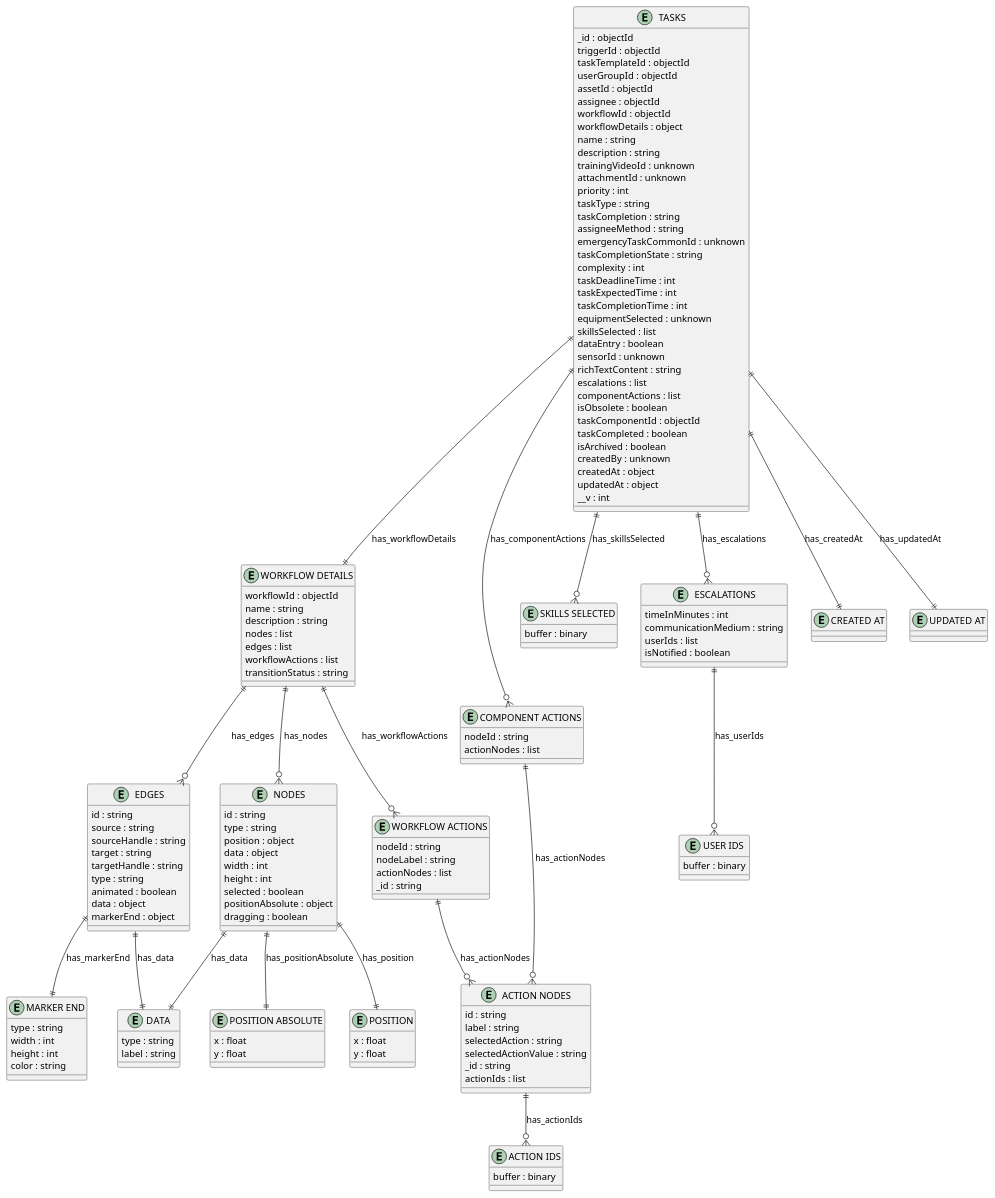
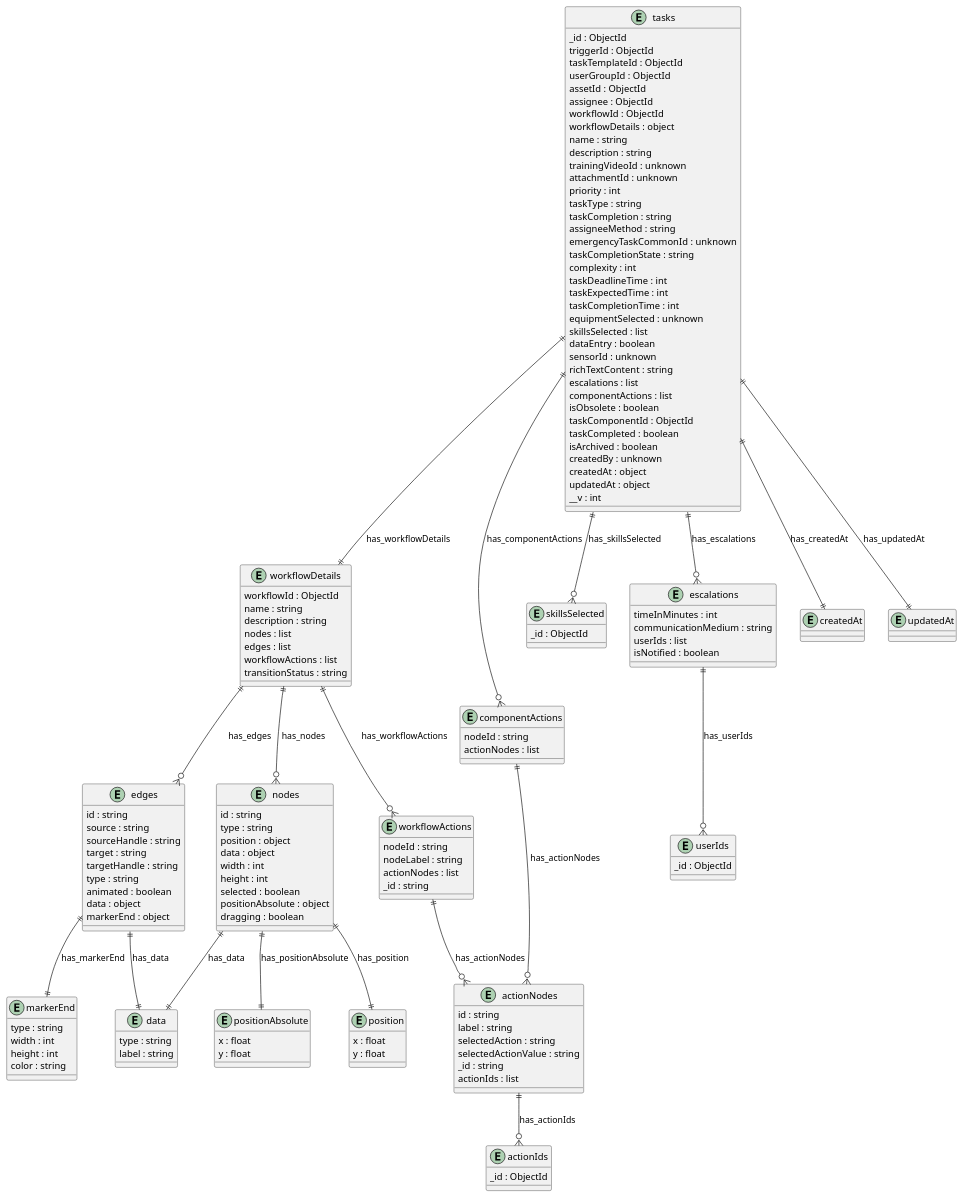
The diagram in erd_output/TASKS.puml (DigitalPaani/DigitalPaani_ERD), drawn with PlantUML before and after one commit. The commit also changed 274 other files, not shown here.

Commit message:
fix: updated diagram and script

```diff
--- a/erd_output/TASKS.puml
+++ b/erd_output/TASKS.puml
@@ -1,164 +1,164 @@
-@startuml TASKS_Diagram
+@startuml tasks_Diagram
 
-entity "TASKS" as TASKS {
-  _id : objectId
-  triggerId : objectId
-  taskTemplateId : objectId
-  userGroupId : objectId
-  assetId : objectId
-  assignee : objectId
-  workflowId : objectId
+entity "tasks" as tasks {
+  _id : ObjectId
+  triggerId : ObjectId
+  taskTemplateId : ObjectId
+  userGroupId : ObjectId
+  assetId : ObjectId
+  assignee : ObjectId
+  workflowId : ObjectId
   workflowDetails : object
   name : string
   description : string
   trainingVideoId : unknown
   attachmentId : unknown
   priority : int
   taskType : string
   taskCompletion : string
   assigneeMethod : string
   emergencyTaskCommonId : unknown
   taskCompletionState : string
   complexity : int
   taskDeadlineTime : int
   taskExpectedTime : int
   taskCompletionTime : int
   equipmentSelected : unknown
   skillsSelected : list
   dataEntry : boolean
   sensorId : unknown
   richTextContent : string
   escalations : list
   componentActions : list
   isObsolete : boolean
-  taskComponentId : objectId
+  taskComponentId : ObjectId
   taskCompleted : boolean
   isArchived : boolean
   createdBy : unknown
   createdAt : object
   updatedAt : object
   __v : int
 }
 
-entity "WORKFLOW DETAILS" as WORKFLOW_DETAILS {
-  workflowId : objectId
+entity "workflowDetails" as workflowDetails {
+  workflowId : ObjectId
   name : string
   description : string
   nodes : list
   edges : list
   workflowActions : list
   transitionStatus : string
 }
 
-entity "NODES" as NODES {
+entity "nodes" as nodes {
   id : string
   type : string
   position : object
   data : object
   width : int
   height : int
   selected : boolean
   positionAbsolute : object
   dragging : boolean
 }
 
-entity "POSITION" as POSITION {
+entity "position" as position {
   x : float
   y : float
 }
 
-entity "DATA" as DATA {
+entity "data" as data {
   type : string
   label : string
 }
 
-entity "POSITION ABSOLUTE" as POSITION_ABSOLUTE {
+entity "positionAbsolute" as positionAbsolute {
   x : float
   y : float
 }
 
-entity "EDGES" as EDGES {
+entity "edges" as edges {
   id : string
   source : string
   sourceHandle : string
   target : string
   targetHandle : string
   type : string
   animated : boolean
   data : object
   markerEnd : object
 }
 
-entity "MARKER END" as MARKER_END {
+entity "markerEnd" as markerEnd {
   type : string
   width : int
   height : int
   color : string
 }
 
-entity "WORKFLOW ACTIONS" as WORKFLOW_ACTIONS {
+entity "workflowActions" as workflowActions {
   nodeId : string
   nodeLabel : string
   actionNodes : list
   _id : string
 }
 
-entity "ACTION NODES" as ACTION_NODES {
+entity "actionNodes" as actionNodes {
   id : string
   label : string
   selectedAction : string
   selectedActionValue : string
   _id : string
   actionIds : list
 }
 
-entity "SKILLS SELECTED" as SKILLS_SELECTED {
-  buffer : binary
+entity "skillsSelected" as skillsSelected {
+  _id : ObjectId
 }
 
-entity "ESCALATIONS" as ESCALATIONS {
+entity "escalations" as escalations {
   timeInMinutes : int
   communicationMedium : string
   userIds : list
   isNotified : boolean
 }
 
-entity "USER IDS" as USER_IDS {
-  buffer : binary
+entity "userIds" as userIds {
+  _id : ObjectId
 }
 
-entity "COMPONENT ACTIONS" as COMPONENT_ACTIONS {
+entity "componentActions" as componentActions {
   nodeId : string
   actionNodes : list
 }
 
-entity "ACTION IDS" as ACTION_IDS {
-  buffer : binary
+entity "actionIds" as actionIds {
+  _id : ObjectId
 }
 
-entity "CREATED AT" as CREATED_AT {
+entity "createdAt" as createdAt {
 }
 
-entity "UPDATED AT" as UPDATED_AT {
+entity "updatedAt" as updatedAt {
 }
 
 ' // Relationships
-TASKS ||--|| WORKFLOW_DETAILS : has_workflowDetails
-WORKFLOW_DETAILS ||--o{ NODES : has_nodes
-NODES ||--|| POSITION : has_position
-NODES ||--|| DATA : has_data
-NODES ||--|| POSITION_ABSOLUTE : has_positionAbsolute
-WORKFLOW_DETAILS ||--o{ EDGES : has_edges
-EDGES ||--|| DATA : has_data
-EDGES ||--|| MARKER_END : has_markerEnd
-WORKFLOW_DETAILS ||--o{ WORKFLOW_ACTIONS : has_workflowActions
-WORKFLOW_ACTIONS ||--o{ ACTION_NODES : has_actionNodes
-TASKS ||--o{ SKILLS_SELECTED : has_skillsSelected
-TASKS ||--o{ ESCALATIONS : has_escalations
-ESCALATIONS ||--o{ USER_IDS : has_userIds
-TASKS ||--o{ COMPONENT_ACTIONS : has_componentActions
-COMPONENT_ACTIONS ||--o{ ACTION_NODES : has_actionNodes
-ACTION_NODES ||--o{ ACTION_IDS : has_actionIds
-TASKS ||--|| CREATED_AT : has_createdAt
-TASKS ||--|| UPDATED_AT : has_updatedAt
+tasks ||--|| workflowDetails : has_workflowDetails
+workflowDetails ||--o{ nodes : has_nodes
+nodes ||--|| position : has_position
+nodes ||--|| data : has_data
+nodes ||--|| positionAbsolute : has_positionAbsolute
+workflowDetails ||--o{ edges : has_edges
+edges ||--|| data : has_data
+edges ||--|| markerEnd : has_markerEnd
+workflowDetails ||--o{ workflowActions : has_workflowActions
+workflowActions ||--o{ actionNodes : has_actionNodes
+tasks ||--o{ skillsSelected : has_skillsSelected
+tasks ||--o{ escalations : has_escalations
+escalations ||--o{ userIds : has_userIds
+tasks ||--o{ componentActions : has_componentActions
+componentActions ||--o{ actionNodes : has_actionNodes
+actionNodes ||--o{ actionIds : has_actionIds
+tasks ||--|| createdAt : has_createdAt
+tasks ||--|| updatedAt : has_updatedAt
 @enduml
```
